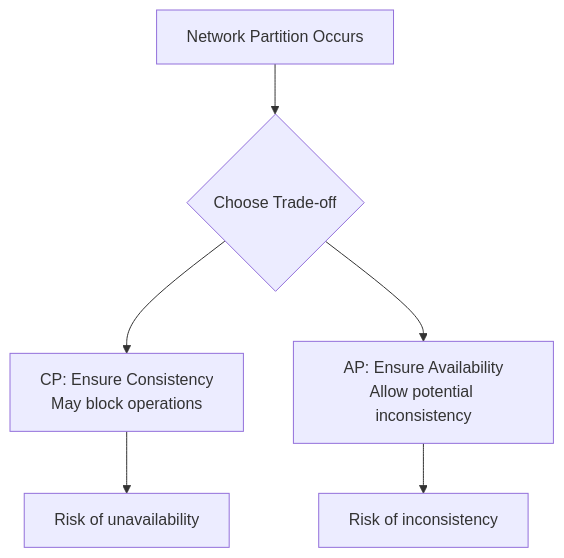
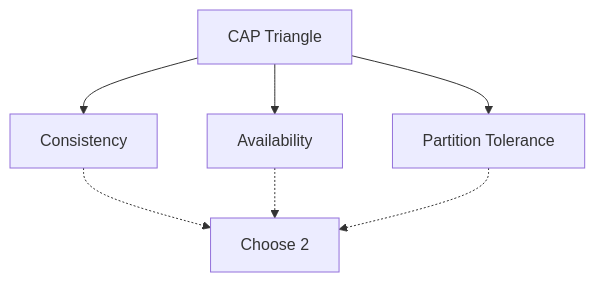
The diagram in cap-theorem-and-distributed-systems/README.md (VrushankPatel/interview-matters), drawn with Mermaid before and after one commit. The commit also changed other lines of this file and 4 other files, not shown here.

````diff
--- a/cap-theorem-and-distributed-systems/README.md
+++ b/cap-theorem-and-distributed-systems/README.md
@@ -33,8 +25,9 @@
 ```mermaid
 graph TD
-    A[Network Partition Occurs] --> B{Choose Trade-off}
-    B --> C[CP: Ensure Consistency<br/>May block operations]
-    B --> D[AP: Ensure Availability<br/>Allow potential inconsistency]
-    C --> E[Risk of unavailability]
-    D --> F[Risk of inconsistency]
+    A[CAP Triangle] --> B[Consistency]
+    A --> C[Availability]
+    A --> D[Partition Tolerance]
+    B -.-> E[Choose 2]
+    C -.-> E
+    D -.-> E
 ```
````
